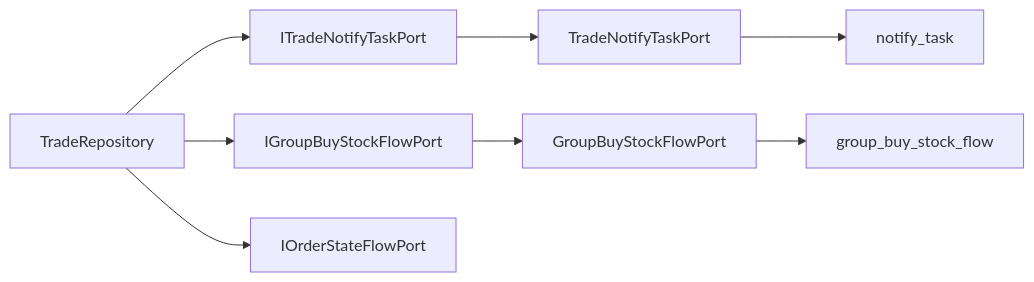
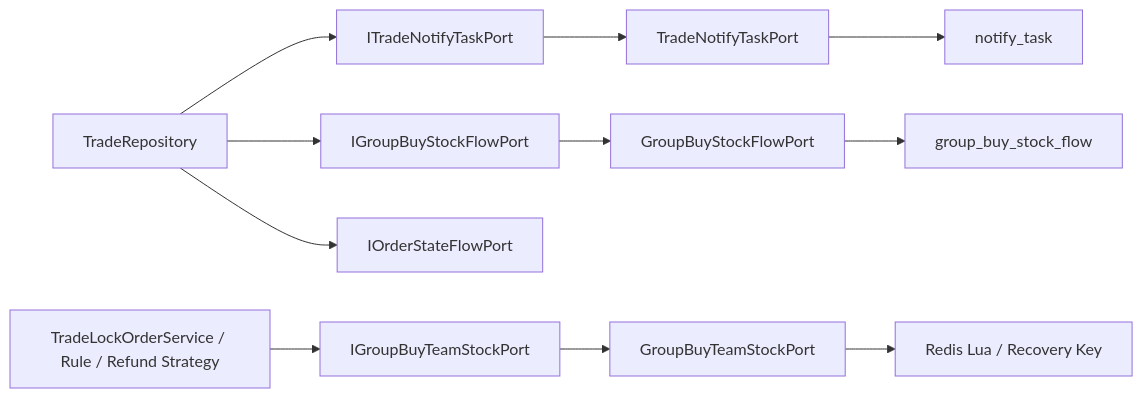
One commit to qsyy0921/my_ecommerce changed the diagram in docs/sdd/2026-05-30-trade-repository-split.md. Above: the diagram before and after it, drawn with Mermaid. The commit also changed other lines of this file and 16 other files, not shown here.

Commit message:
refactor: isolate group buy team stock port

````diff
--- a/docs/sdd/2026-05-30-trade-repository-split.md
+++ b/docs/sdd/2026-05-30-trade-repository-split.md
@@ -21,10 +22,13 @@
 ```mermaid
 flowchart LR
     A["TradeRepository"] --> B["ITradeNotifyTaskPort"]
     A --> C["IGroupBuyStockFlowPort"]
     A --> D["IOrderStateFlowPort"]
+    I["TradeLockOrderService / Rule / Refund Strategy"] --> J["IGroupBuyTeamStockPort"]
     B --> E["TradeNotifyTaskPort"]
     C --> F["GroupBuyStockFlowPort"]
+    J --> K["GroupBuyTeamStockPort"]
     E --> G["notify_task"]
     F --> H["group_buy_stock_flow"]
+    K --> L["Redis Lua / Recovery Key"]
 ```
````
